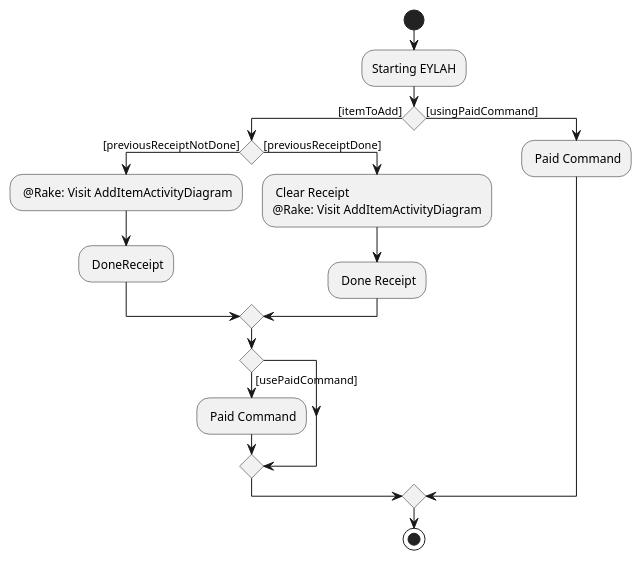
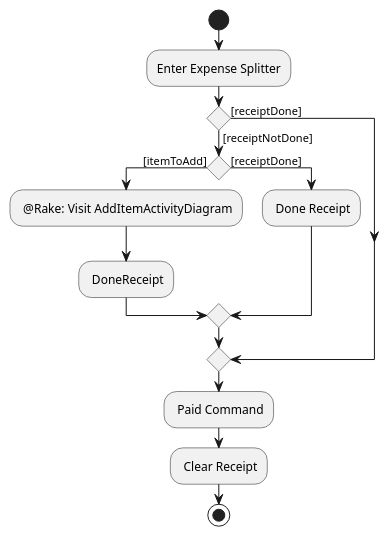
Before and after one commit to nus-cs2103-AY1920S2/addressbook-level3: the diagram in docs/diagrams/ExpenseSplitterActivityDiagramV2.puml, drawn with PlantUML. The commit also changed 1 other file, not shown here.

```diff
--- a/docs/diagrams/ExpenseSplitterActivityDiagramV2.puml
+++ b/docs/diagrams/ExpenseSplitterActivityDiagramV2.puml
@@ -1,31 +1,30 @@
 @startuml
 start
 
-:Starting EYLAH;
+:Enter Expense Splitter;
 
-if () then ([itemToAdd])
+if () then ([receiptNotDone])
 
-    if () then ([previousReceiptNotDone])
+    if () then ([itemToAdd])
     : @Rake: Visit AddItemActivityDiagram;
     : DoneReceipt;
 
-    else ([previousReceiptDone])
-    : Clear Receipt
-    @Rake: Visit AddItemActivityDiagram;
+    else ([receiptDone])
     : Done Receipt;
     endif
 
-     if () then([usePaidCommand])
-        : Paid Command;
-     else ()
-     endif
 
-
-    else ([usingPaidCommand])
-    : Paid Command;
-
+else ([receiptDone])
 
 endif
 
+
+: Paid Command;
+
+: Clear Receipt;
+
+
+
+
 stop
 @enduml
```
